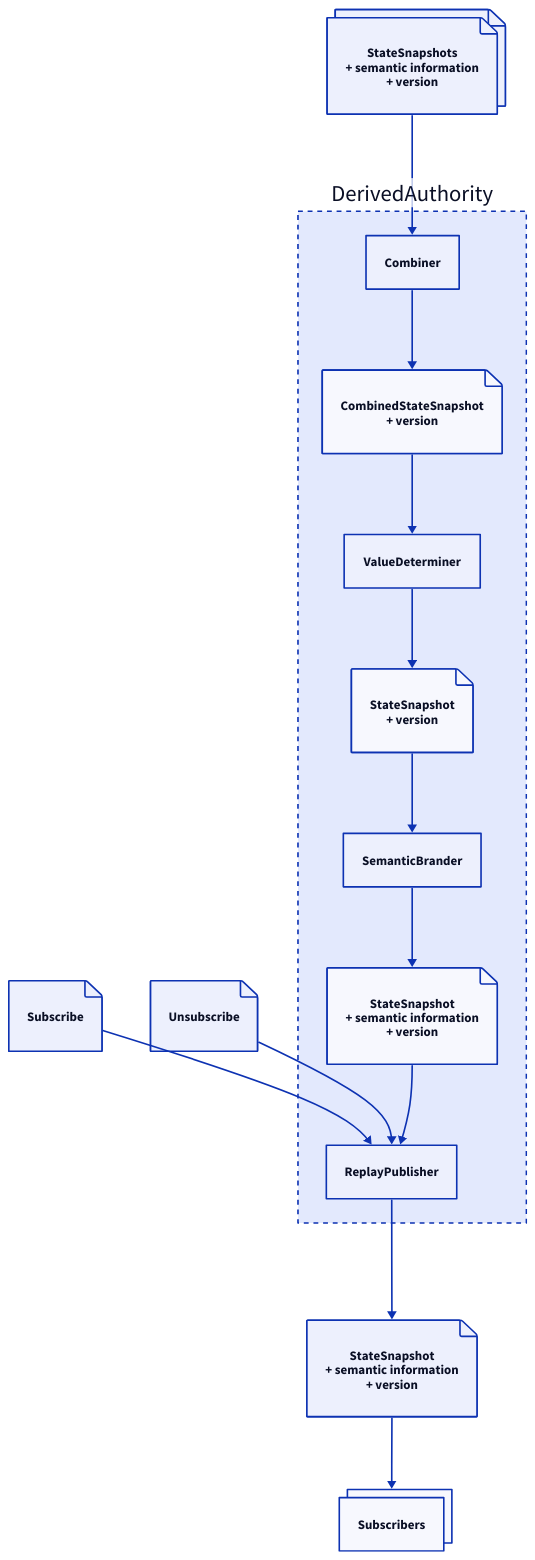
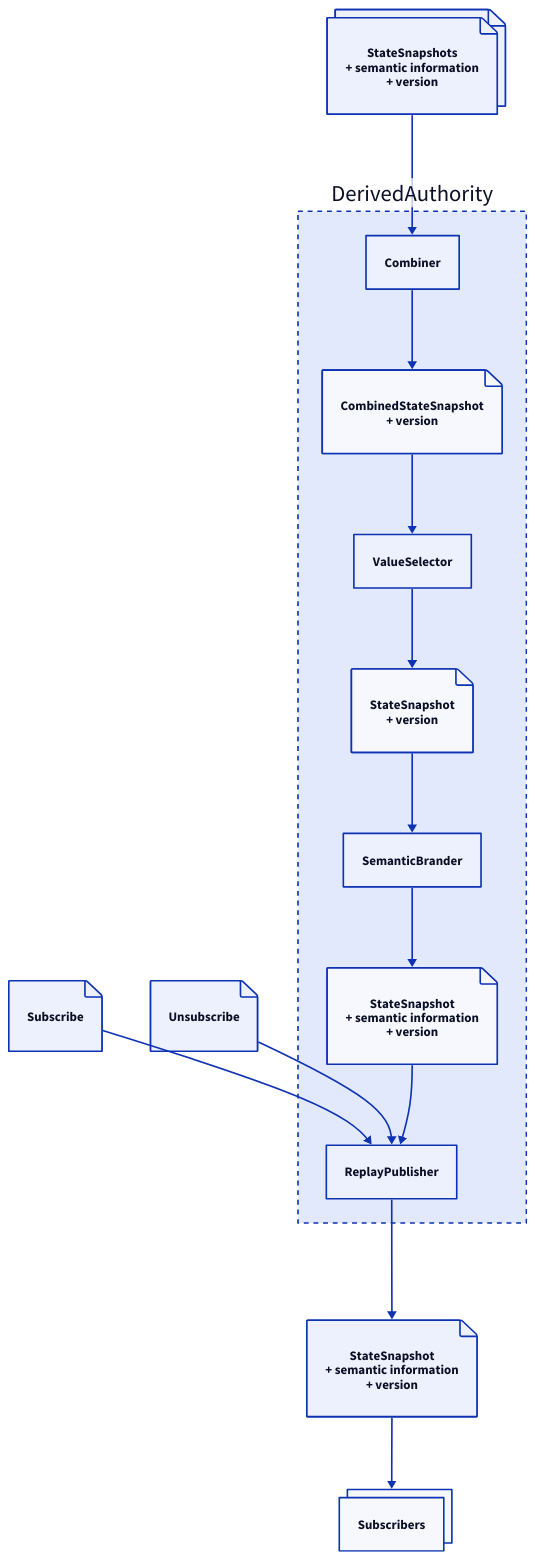
One commit to MostlyIT/nact-extensions changed the diagram in source/actors/state/derived-authority/DerivedAuthority.d2. Above: the diagram before and after it, drawn with D2. The commit also changed 5 other files, not shown here.

```diff
--- a/source/actors/state/derived-authority/DerivedAuthority.d2
+++ b/source/actors/state/derived-authority/DerivedAuthority.d2
@@ -1,55 +1,55 @@
 classes: {
   composition: {
     style.stroke-dash: 3
   }
 }
 
 # Input messages
 StateSnapshots: StateSnapshots\n+ semantic information\n+ version {
   shape: page
   style.multiple: true
 }
 StateSnapshots -> DerivedAuthority.Combiner
 Subscribe: {
   shape: page
 }
 Subscribe -> DerivedAuthority.ReplayPublisher
 Unsubscribe: {
   shape: page
 }
 Unsubscribe -> DerivedAuthority.ReplayPublisher
 
 # Main actor
 DerivedAuthority: {
   class: composition
 
   # Internal actors
   Combiner
   ReplayPublisher
   SemanticBrander
-  ValueDeterminer
+  ValueSelector
 
   CombinedStateSnapshot: CombinedStateSnapshot\n+ version {
     shape: page
   }
-  Combiner -> CombinedStateSnapshot -> ValueDeterminer
+  Combiner -> CombinedStateSnapshot -> ValueSelector
   StateSnapshotWithMetaData: StateSnapshot\n+ semantic information\n+ version {
     shape: page
   }
   SemanticBrander -> StateSnapshotWithMetaData -> ReplayPublisher
   StateSnapshot: StateSnapshot\n+ version {
     shape: page
   }
-  ValueDeterminer -> StateSnapshot -> SemanticBrander
+  ValueSelector -> StateSnapshot -> SemanticBrander
 }
 
 # Output messages
 OutputStateSnapshot: StateSnapshot\n+ semantic information\n+ version {
   shape: page
 }
 DerivedAuthority.ReplayPublisher -> OutputStateSnapshot -> Subscribers
 
 # Environment actors
 Subscribers: {
   style.multiple: true
 }
```
